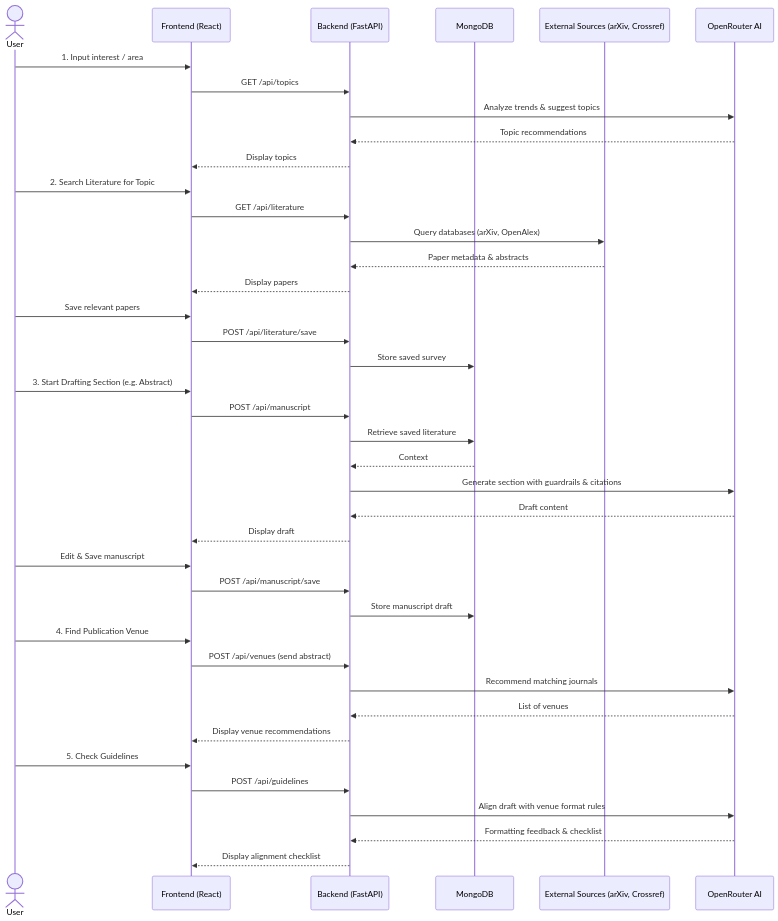
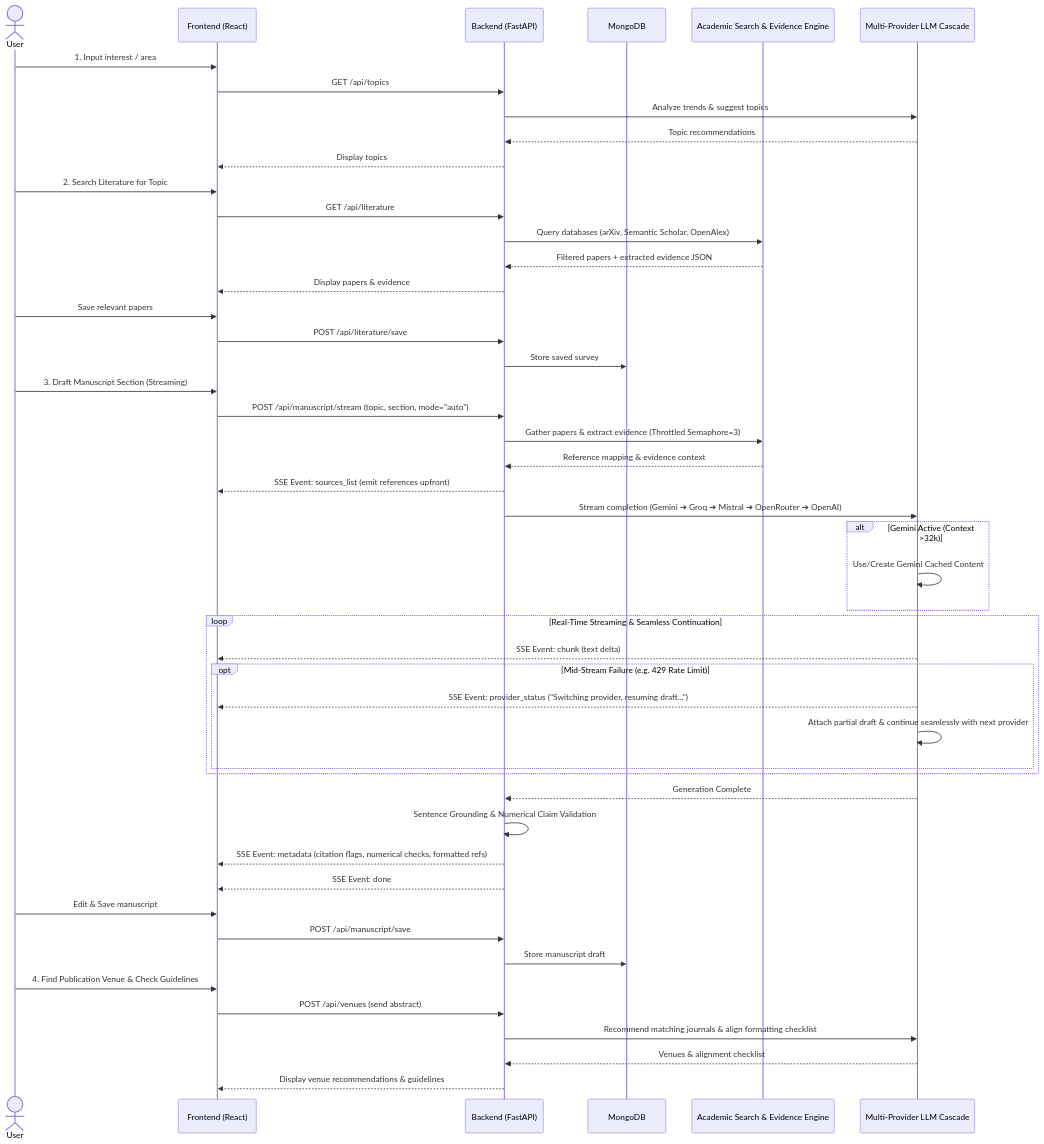
One commit to Saathwik43/Ai_Powered_Research_Agent changed the second of 2 diagrams in architecture_and_workflow.md. Above: the diagram before and after it, drawn with Mermaid. The commit also changed other lines of this file and 1 other file, not shown here.

Commit message:
updated flow

````diff
--- a/architecture_and_workflow.md
+++ b/architecture_and_workflow.md
@@ -66,47 +85,58 @@
 ```mermaid
 sequenceDiagram
     actor User
     participant Front as Frontend (React)
     participant API as Backend (FastAPI)
     participant DB as MongoDB
-    participant Sources as External Sources (arXiv, Crossref)
-    participant LLM as OpenRouter AI
+    participant Sources as Academic Search & Evidence Engine
+    participant Cascade as Multi-Provider LLM Cascade
 
     User->>Front: 1. Input interest / area
     Front->>API: GET /api/topics
-    API->>LLM: Analyze trends & suggest topics
-    LLM-->>API: Topic recommendations
+    API->>Cascade: Analyze trends & suggest topics
+    Cascade-->>API: Topic recommendations
     API-->>Front: Display topics
-    
+  
     User->>Front: 2. Search Literature for Topic
     Front->>API: GET /api/literature
-    API->>Sources: Query databases (arXiv, OpenAlex)
-    Sources-->>API: Paper metadata & abstracts
-    API-->>Front: Display papers
+    API->>Sources: Query databases (arXiv, Semantic Scholar, OpenAlex)
+    Sources-->>API: Filtered papers + extracted evidence JSON
+    API-->>Front: Display papers & evidence
     User->>Front: Save relevant papers
     Front->>API: POST /api/literature/save
     API->>DB: Store saved survey
-    
-    User->>Front: 3. Start Drafting Section (e.g. Abstract)
-    Front->>API: POST /api/manuscript
-    API->>DB: Retrieve saved literature
-    DB-->>API: Context
-    API->>LLM: Generate section with guardrails & citations
-    LLM-->>API: Draft content
-    API-->>Front: Display draft
+  
+    User->>Front: 3. Draft Manuscript Section (Streaming)
+    Front->>API: POST /api/manuscript/stream (topic, section, mode="auto")
+    API->>Sources: Gather papers & extract evidence (Throttled Semaphore=3)
+    Sources-->>API: Reference mapping & evidence context
+    API-->>Front: SSE Event: sources_list (emit references upfront)
+  
+    API->>Cascade: Stream completion (Gemini ➔ Groq ➔ Mistral ➔ OpenRouter ➔ OpenAI)
+    alt Gemini Active (Context >32k)
+        Cascade->>Cascade: Use/Create Gemini Cached Content
+    end
+  
+    loop Real-Time Streaming & Seamless Continuation
+        Cascade-->>Front: SSE Event: chunk (text delta)
+        opt Mid-Stream Failure (e.g. 429 Rate Limit)
+            Cascade-->>Front: SSE Event: provider_status ("Switching provider, resuming draft...")
+            Cascade->>Cascade: Attach partial draft & continue seamlessly with next provider
+        end
+    end
+  
+    Cascade-->>API: Generation Complete
+    API->>API: Sentence Grounding & Numerical Claim Validation
+    API-->>Front: SSE Event: metadata (citation flags, numerical checks, formatted refs)
+    API-->>Front: SSE Event: done
+  
     User->>Front: Edit & Save manuscript
     Front->>API: POST /api/manuscript/save
     API->>DB: Store manuscript draft
-    
-    User->>Front: 4. Find Publication Venue
+  
+    User->>Front: 4. Find Publication Venue & Check Guidelines
     Front->>API: POST /api/venues (send abstract)
-    API->>LLM: Recommend matching journals
-    LLM-->>API: List of venues
-    API-->>Front: Display venue recommendations
-    
-    User->>Front: 5. Check Guidelines
-    Front->>API: POST /api/guidelines
-    API->>LLM: Align draft with venue format rules
-    LLM-->>API: Formatting feedback & checklist
-    API-->>Front: Display alignment checklist
+    API->>Cascade: Recommend matching journals & align formatting checklist
+    Cascade-->>API: Venues & alignment checklist
+    API-->>Front: Display venue recommendations & guidelines
 ```
````
